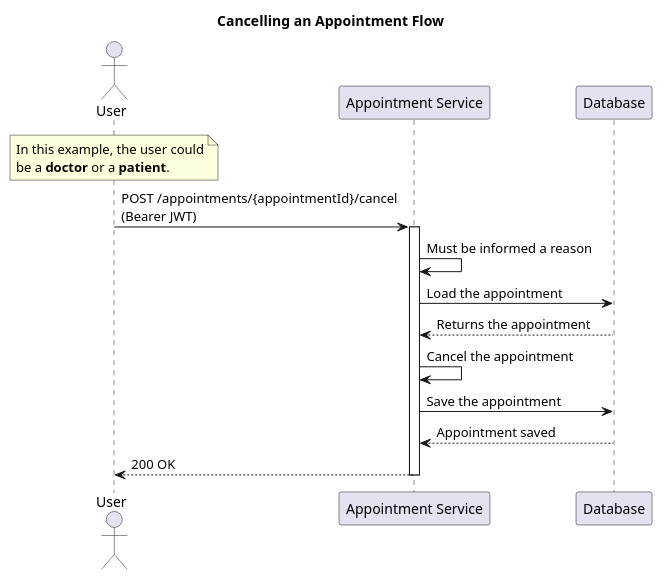
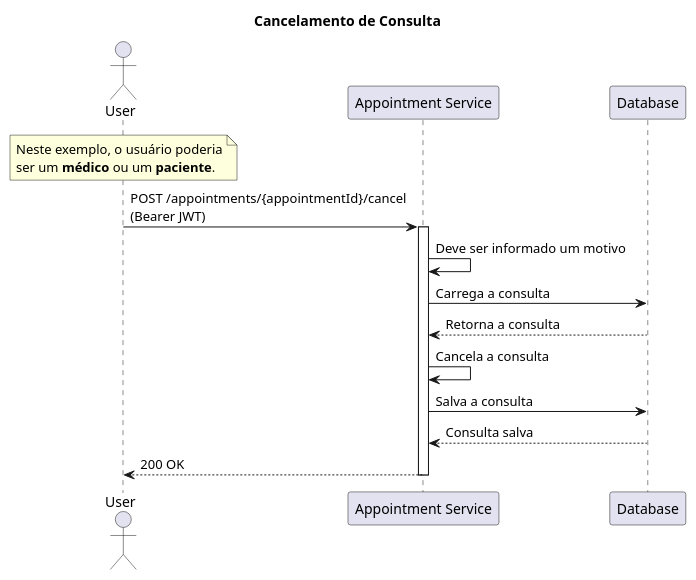
The diagram in docs/cancel_appointment.puml (jfelipearaujo-healthmed/appointment-service), drawn with PlantUML before and after one commit. The commit also changed 20 other files, not shown here.

```diff
--- a/docs/cancel_appointment.puml
+++ b/docs/cancel_appointment.puml
@@ -1,27 +1,27 @@
 @startuml cancel_appointment
 
-title Cancelling an Appointment Flow
+title Cancelamento de Consulta
 
 actor "User" as user
 participant "Appointment Service" as appointment_service
 participant "Database" as database
 
 note over user
-In this example, the user could
-be a **doctor** or a **patient**.
+Neste exemplo, o usuário poderia
+ser um **médico** ou um **paciente**.
 end note
 
 user -> appointment_service: POST /appointments/{appointmentId}/cancel\n(Bearer JWT)
 
 activate appointment_service
-appointment_service -> appointment_service: Must be informed a reason
-appointment_service -> database: Load the appointment
-database --> appointment_service: Returns the appointment
-appointment_service -> appointment_service: Cancel the appointment
-appointment_service -> database: Save the appointment
-database --> appointment_service: Appointment saved
+appointment_service -> appointment_service: Deve ser informado um motivo
+appointment_service -> database: Carrega a consulta
+database --> appointment_service: Retorna a consulta
+appointment_service -> appointment_service: Cancela a consulta
+appointment_service -> database: Salva a consulta
+database --> appointment_service: Consulta salva
 appointment_service --> user: 200 OK
 deactivate appointment_service
 
 
 @enduml
```
